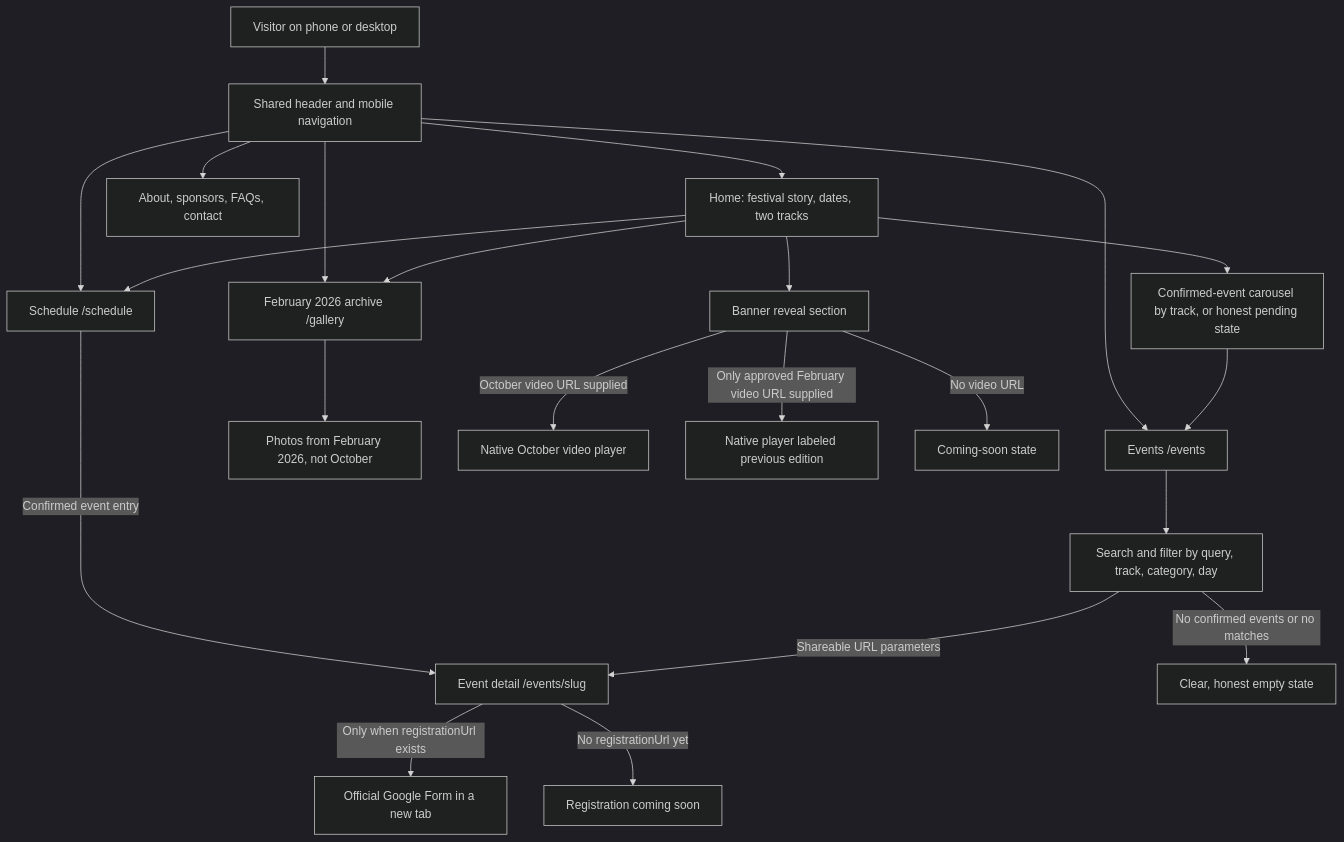
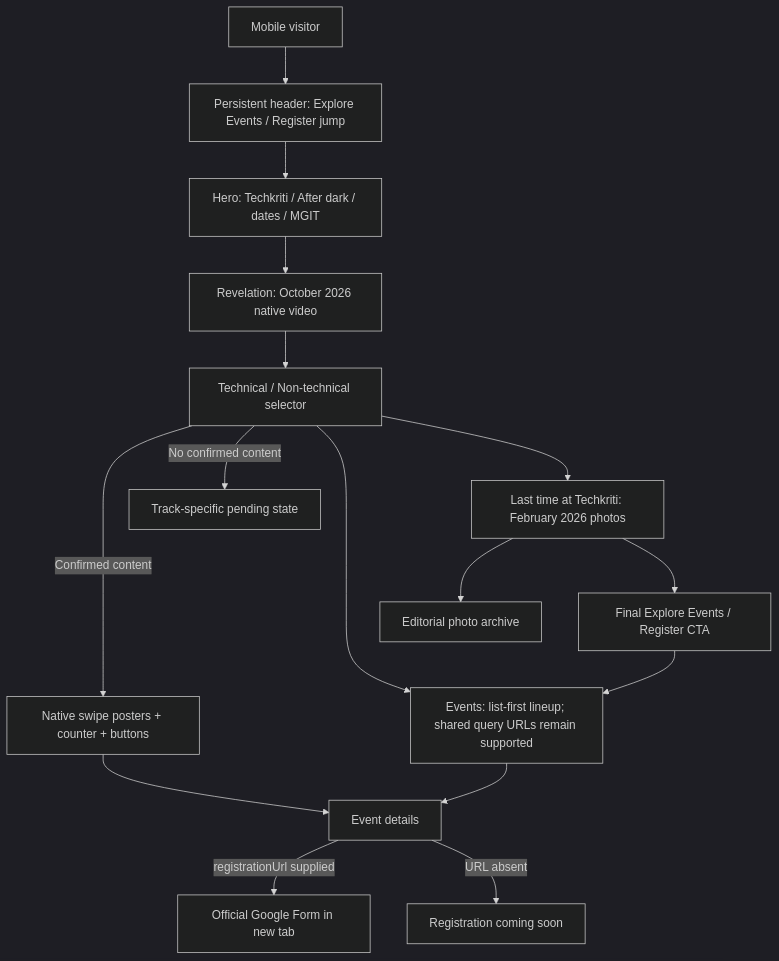
Before and after one commit to RamaChandra53/techkriti-website: the first of 2 diagrams in docs/architecture.md, drawn with Mermaid (dark theme). The commit also changed other lines of this file and 33 other files, not shown here.

````diff
--- a/docs/architecture.md
+++ b/docs/architecture.md
@@ -7,25 +7,18 @@
 ```mermaid
 flowchart TD
-    Visitor[Visitor on phone or desktop] --> Header[Shared header and mobile navigation]
-    Header --> Home[Home: festival story, dates, two tracks]
-    Header --> Events[Events /events]
-    Header --> Schedule[Schedule /schedule]
-    Header --> Gallery[February 2026 archive /gallery]
-    Header --> Info[About, sponsors, FAQs, contact]
-
-    Home --> Carousel[Confirmed-event carousel by track, or honest pending state]
-    Carousel --> Events
-    Home --> Schedule
-    Home --> Gallery
-    Home --> Reveal[Banner reveal section]
-    Schedule -->|Confirmed event entry| Detail[Event detail /events/slug]
-    Events --> Search[Search and filter by query, track, category, day]
-    Search -->|Shareable URL parameters| Detail
-    Detail -->|Only when registrationUrl exists| Form[Official Google Form in a new tab]
-    Detail -->|No registrationUrl yet| Waiting[Registration coming soon]
-    Search -->|No confirmed events or no matches| Empty[Clear, honest empty state]
-    Gallery --> Archive[Photos from February 2026, not October]
-    Reveal -->|October video URL supplied| Video[Native October video player]
-    Reveal -->|Only approved February video URL supplied| OldVideo[Native player labeled previous edition]
-    Reveal -->|No video URL| Teaser[Coming-soon state]
+    Visitor[Mobile visitor] --> Header[Persistent header: Explore Events / Register jump]
+    Header --> Hero[Hero: Techkriti / After dark / dates / MGIT]
+    Hero --> Reveal[Revelation: October 2026 native video]
+    Reveal --> Discovery[Technical / Non-technical selector]
+    Discovery -->|Confirmed content| Carousel[Native swipe posters + counter + buttons]
+    Discovery -->|No confirmed content| Pending[Track-specific pending state]
+    Discovery --> Events[Events: list-first lineup; shared query URLs remain supported]
+    Carousel --> Detail[Event details]
+    Events --> Detail
+    Detail -->|registrationUrl supplied| Form[Official Google Form in new tab]
+    Detail -->|URL absent| NoForm[Registration coming soon]
+    Discovery --> Photos[Last time at Techkriti: February 2026 photos]
+    Photos --> Gallery[Editorial photo archive]
+    Photos --> CTA[Final Explore Events / Register CTA]
+    CTA --> Events
 ```
````
